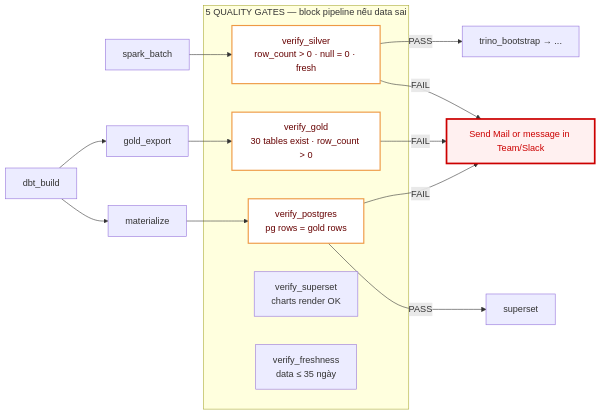
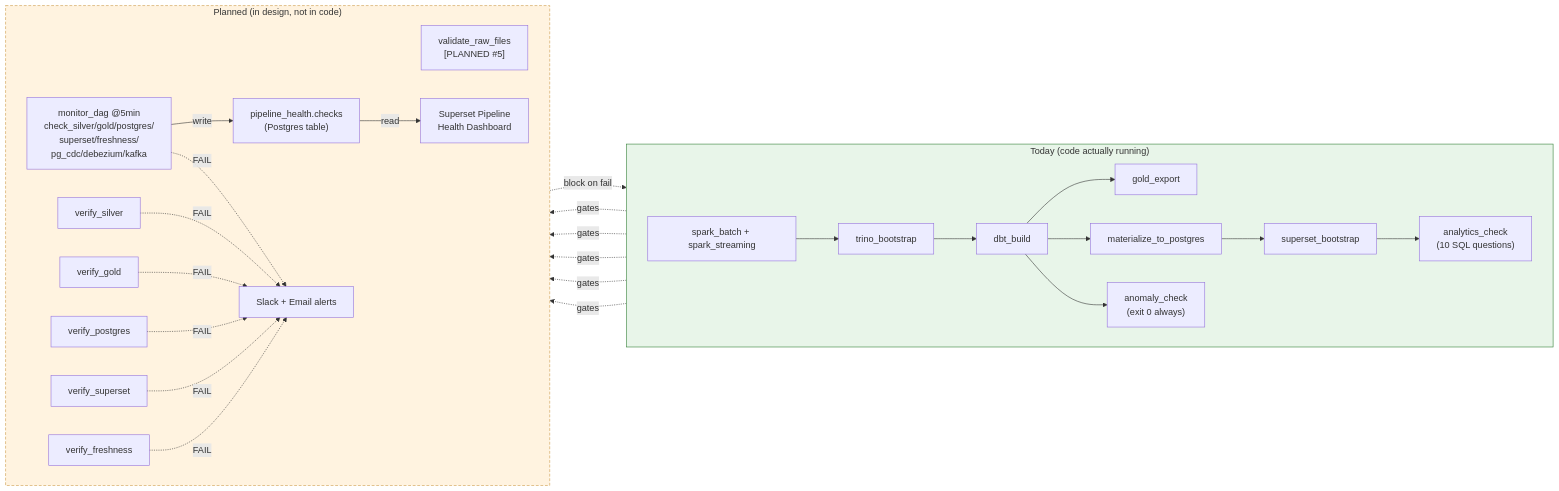
Diagram 16 of 19 in README.md (DawieMalmsteel/nyc_new), drawn with Mermaid before and after one commit. The commit also changed other lines of this file and 1 other file, not shown here.

````diff
--- a/README.md
+++ b/README.md
@@ -176,23 +1253,44 @@
 ```mermaid
-%%{init: {'theme': 'default', 'themeVariables': {'background': '#ffffff'}}}%%
 flowchart LR
-    subgraph GATES["5 QUALITY GATES — block pipeline nếu data sai"]
-        V1["verify_silver<br/>row_count > 0 · null = 0 · fresh"]
-        V2["verify_gold<br/>30 tables exist · row_count > 0"]
-        V3["verify_postgres<br/>pg rows = gold rows"]
-        V4["verify_superset<br/>charts render OK"]
-        V5["verify_freshness<br/>data ≤ 35 ngày"]
+    subgraph TODAY["Today (code actually running)"]
+        direction LR
+        T1["spark_batch + spark_streaming"]
+        T2["trino_bootstrap"]
+        T3["dbt_build"]
+        T4["gold_export"]
+        T5["materialize_to_postgres"]
+        T6["superset_bootstrap"]
+        T7["anomaly_check<br/>(exit 0 always)"]
+        T8["analytics_check<br/>(10 SQL questions)"]
+        T1 --> T2 --> T3
+        T3 --> T4
+        T3 --> T5 --> T6
+        T3 --> T7
+        T6 --> T8
     end
 
-    BATCH["spark_batch"] --> V1 -->|PASS| TB["trino_bootstrap → ..."]
-    V1 -->|FAIL| BLOCK["Send Mail or message in Team/Slack"]
+    subgraph TOMORROW["Planned (in design, not in code)"]
+        direction LR
+        P0["validate_raw_files<br/>[PLANNED #5]"]
+        P1A["verify_silver"]
+        P1B["verify_gold"]
+        P1C["verify_postgres"]
+        P1D["verify_superset"]
+        P1E["verify_freshness"]
+        P2A["monitor_dag @5min<br/>check_silver/gold/postgres/<br/>superset/freshness/<br/>pg_cdc/debezium/kafka"]
+        P3A["pipeline_health.checks<br/>(Postgres table)"]
+        P3B["Superset Pipeline<br/>Health Dashboard"]
+        P4A["Slack + Email alerts"]
+        P0 -.->|"block on fail"| T1
+        T1 -.->|"gates"| P1A
+        T4 -.->|"gates"| P1B
+        T5 -.->|"gates"| P1C
+        T6 -.->|"gates"| P1D
+        T8 -.->|"gates"| P1E
+        P2A -->|"write"| P3A -->|"read"| P3B
+        P1A & P1B & P1C & P1D & P1E & P2A -.->|"FAIL"| P4A
+    end
 
-    DBT["dbt_build"] --> GE["gold_export"] --> V2 -->|FAIL| BLOCK
-    DBT --> MP["materialize"] --> V3 -->|PASS| SUP["superset"]
-    V3 -->|FAIL| BLOCK
-
-    style V1 fill:#fff,stroke:#e94,stroke-width:2px,color:#600
-    style V2 fill:#fff,stroke:#e94,stroke-width:2px,color:#600
-    style V3 fill:#fff,stroke:#e94,stroke-width:2px,color:#600
-    style BLOCK fill:#fff0f0,stroke:#c00,stroke-width:3px,color:#c00
+    style TODAY fill:#e8f5e9,stroke:#2e7d32
+    style TOMORROW fill:#fff3e0,stroke:#c94,stroke-dasharray:5 3
 ```
````
